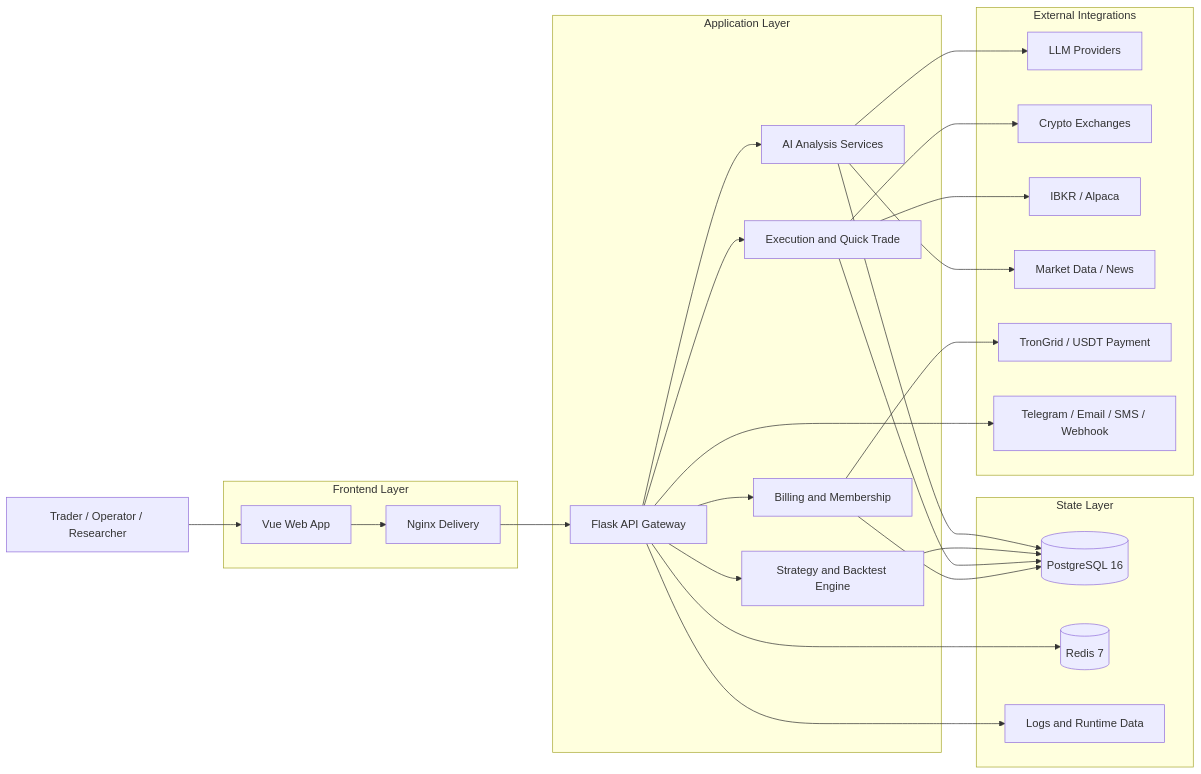
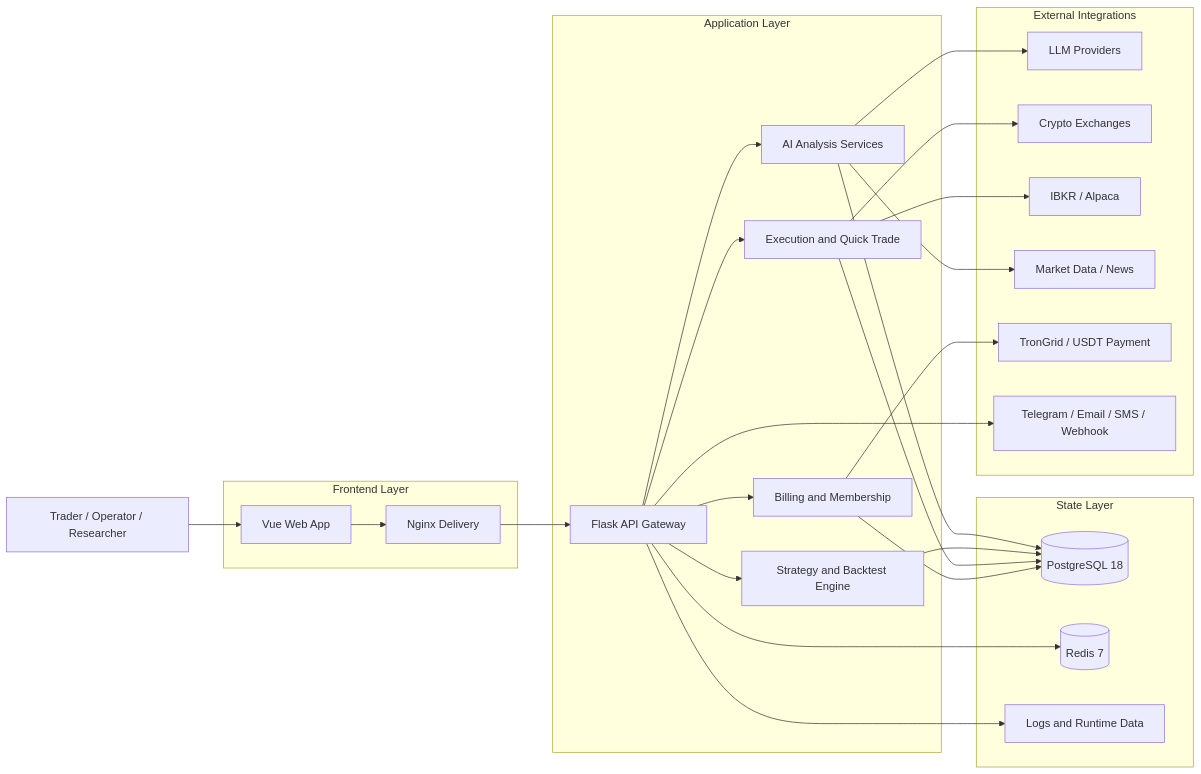
The diagram in README.md (Fishee/QuantDinger), drawn with Mermaid before and after one commit. The commit also changed other lines of this file and 1 other file, not shown here.

````diff
--- a/README.md
+++ b/README.md
@@ -252,53 +252,53 @@
 ```mermaid
 flowchart LR
     U[Trader / Operator / Researcher]
 
     subgraph FE[Frontend Layer]
         WEB[Vue Web App]
         NG[Nginx Delivery]
     end
 
     subgraph BE[Application Layer]
         API[Flask API Gateway]
         AI[AI Analysis Services]
         STRAT[Strategy and Backtest Engine]
         EXEC[Execution and Quick Trade]
         BILL[Billing and Membership]
     end
 
     subgraph DATA[State Layer]
-        PG[(PostgreSQL 16)]
+        PG[(PostgreSQL 18)]
         REDIS[(Redis 7)]
         FILES[Logs and Runtime Data]
     end
 
     subgraph EXT[External Integrations]
         LLM[LLM Providers]
         EXCH[Crypto Exchanges]
         BROKER[IBKR / Alpaca]
         MARKET[Market Data / News]
         PAY[TronGrid / USDT Payment]
         NOTIFY[Telegram / Email / SMS / Webhook]
     end
 
     U --> WEB
     WEB --> NG --> API
     API --> AI
     API --> STRAT
     API --> EXEC
     API --> BILL
 
     AI --> PG
     STRAT --> PG
     EXEC --> PG
     BILL --> PG
     API --> REDIS
     API --> FILES
 
     AI --> LLM
     AI --> MARKET
     EXEC --> EXCH
     EXEC --> BROKER
     BILL --> PAY
     API --> NOTIFY
 ```
````
